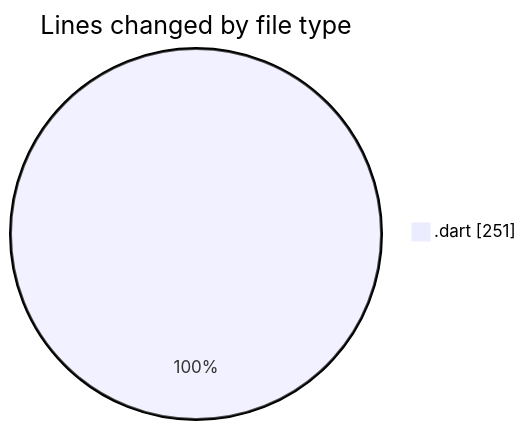
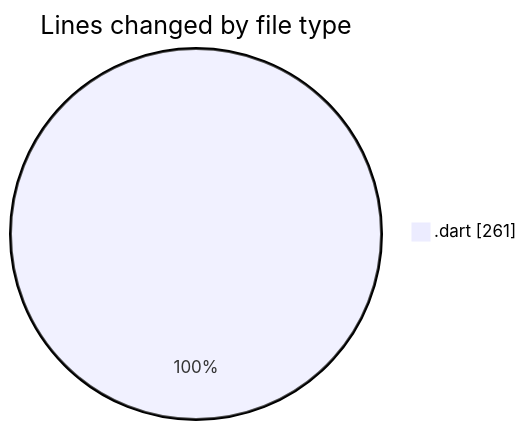
One commit to donsfak/code-tracking changed the first of 2 diagrams in 2025-02-18/uber_clone/README.md. Above: the diagram before and after it, drawn with Mermaid. The commit also changed other lines of this file and 1 other file, not shown here.

````diff
--- a/2025-02-18/uber_clone/README.md
+++ b/2025-02-18/uber_clone/README.md
@@ -21,5 +21,5 @@
 ```mermaid
 pie showData
 title Lines changed by file type
-".dart" : 251
+".dart" : 261
 ```
````
